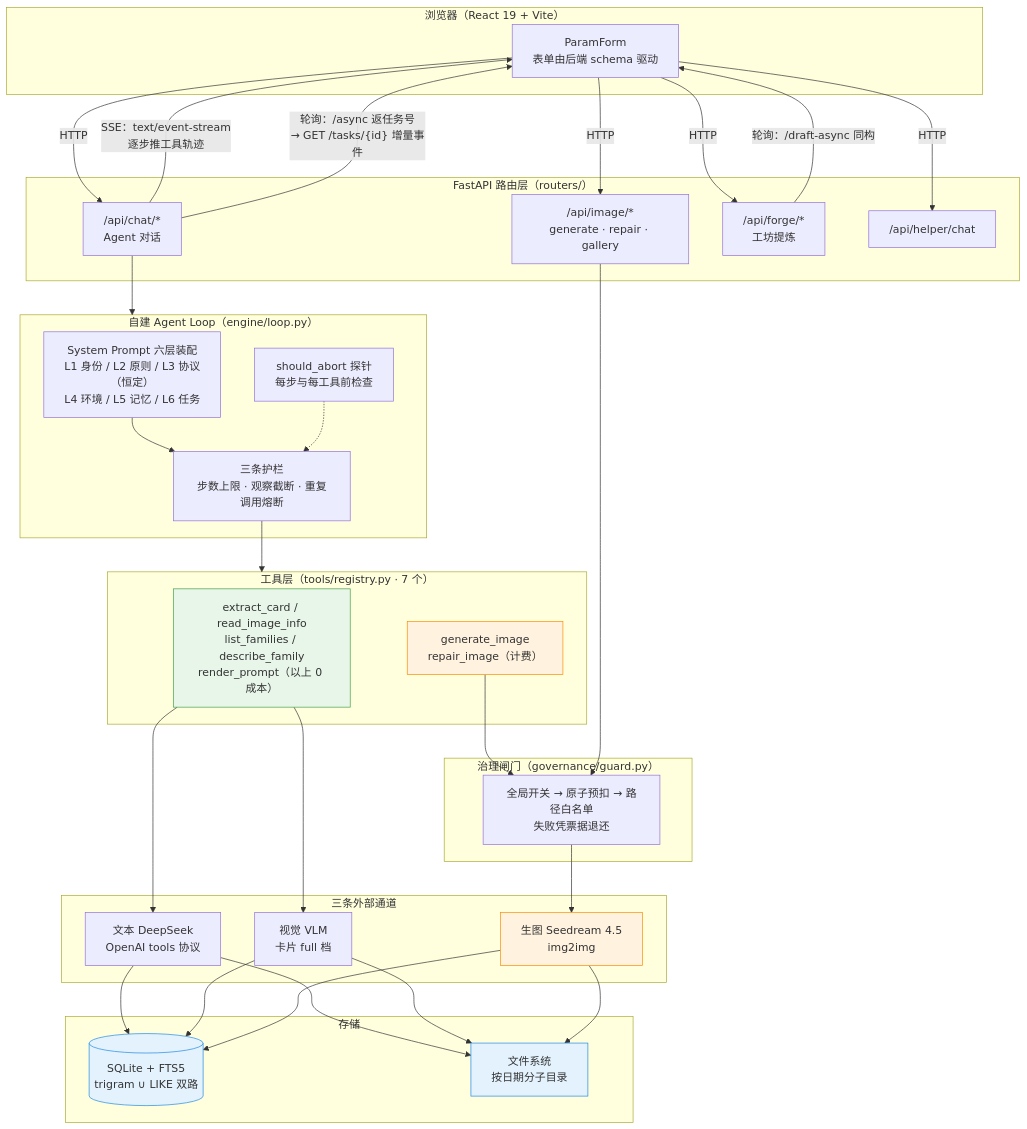
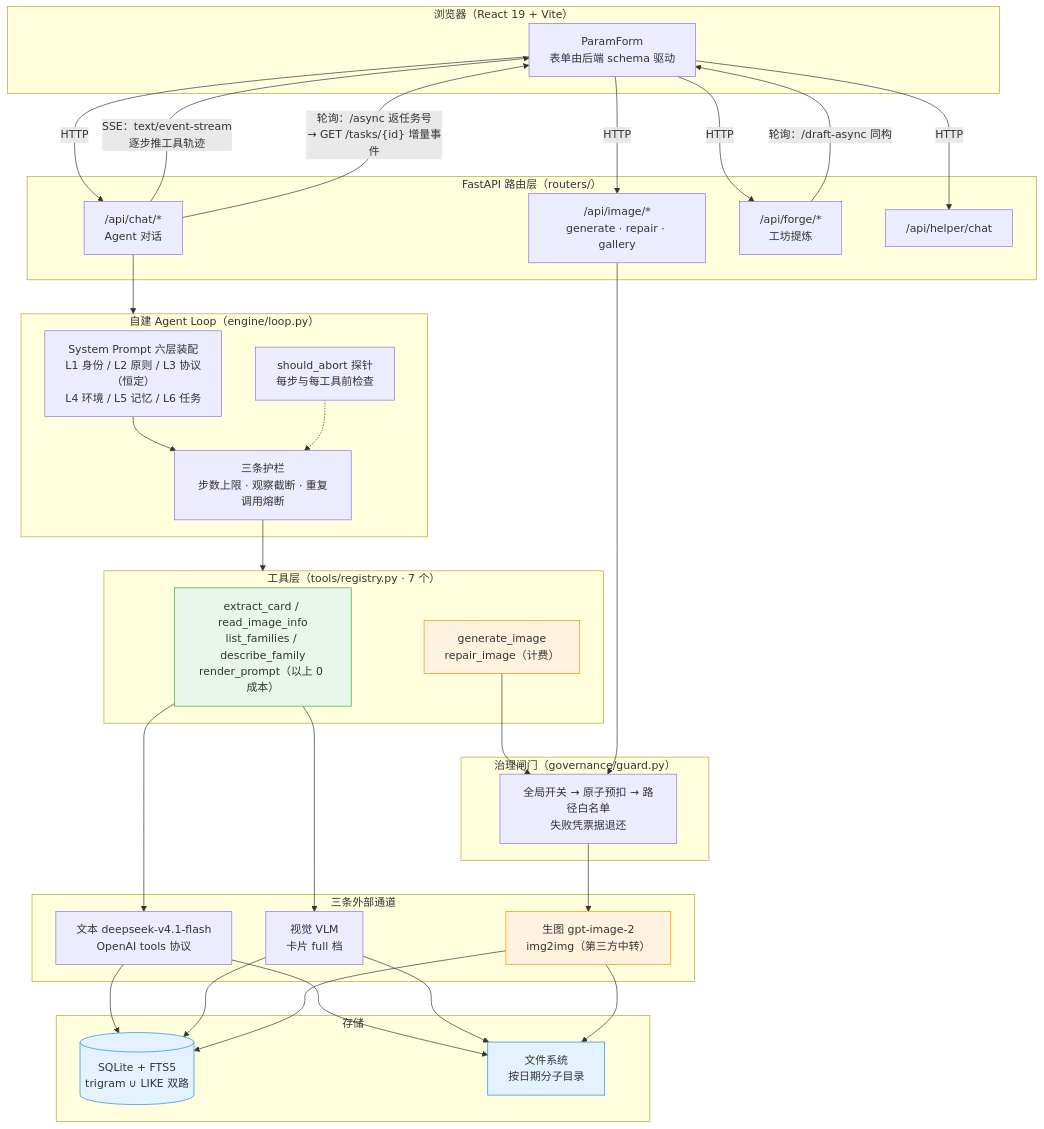
Before and after one commit to ccccz-q/reskin-web: the diagram in README.md, drawn with Mermaid. The commit also changed other lines of this file and 12 other files, not shown here.

````diff
--- a/README.md
+++ b/README.md
@@ -150,60 +169,60 @@
 ```mermaid
 flowchart TD
     subgraph Browser["浏览器（React 19 + Vite）"]
         UI["ParamForm<br/>表单由后端 schema 驱动"]
     end
 
     subgraph FastAPI["FastAPI 路由层（routers/）"]
         IMG["/api/image/*<br/>generate · repair · gallery"]
         CHT["/api/chat/*<br/>Agent 对话"]
         FRG["/api/forge/*<br/>工坊提炼"]
         HLP["/api/helper/chat"]
     end
 
     subgraph Loop["自建 Agent Loop（engine/loop.py）"]
         SP["System Prompt 六层装配<br/>L1 身份 / L2 原则 / L3 协议（恒定）<br/>L4 环境 / L5 记忆 / L6 任务"]
         GUARD["三条护栏<br/>步数上限 · 观察截断 · 重复调用熔断"]
         ABORT["should_abort 探针<br/>每步与每工具前检查"]
     end
 
     subgraph Tools["工具层（tools/registry.py · 7 个）"]
         T1["extract_card / read_image_info<br/>list_families / describe_family<br/>render_prompt（以上 0 成本）"]
         T2["generate_image<br/>repair_image（计费）"]
     end
 
     subgraph Channels["三条外部通道"]
-        C1["文本 DeepSeek<br/>OpenAI tools 协议"]
+        C1["文本 deepseek-v4.1-flash<br/>OpenAI tools 协议"]
         C2["视觉 VLM<br/>卡片 full 档"]
-        C3["生图 Seedream 4.5<br/>img2img"]
+        C3["生图 gpt-image-2<br/>img2img（第三方中转）"]
     end
 
     subgraph Gov["治理闸门（governance/guard.py）"]
         G1["全局开关 → 原子预扣 → 路径白名单<br/>失败凭票据退还"]
     end
 
     subgraph Store["存储"]
         S1[("SQLite + FTS5<br/>trigram ∪ LIKE 双路")]
         S2["文件系统<br/>按日期分子目录"]
     end
 
     UI -->|"HTTP"| IMG & CHT & FRG & HLP
     CHT --> Loop
     SP --> GUARD --> Tools
     ABORT -.-> GUARD
     T1 --> C1 & C2
     T2 --> G1
     G1 --> C3
     IMG --> G1
     C1 & C2 & C3 --> S1 & S2
 
     CHT -->|"SSE：text/event-stream<br/>逐步推工具轨迹"| UI
     CHT -->|"轮询：/async 返任务号<br/>→ GET /tasks/{id} 增量事件"| UI
     FRG -->|"轮询：/draft-async 同构"| UI
 
     classDef free fill:#e8f5e9,stroke:#43a047
     classDef paid fill:#fff3e0,stroke:#fb8c00
     classDef store fill:#e3f2fd,stroke:#1e88e5
     class T1 free
     class T2,C3 paid
     class S1,S2 store
 ```
````
